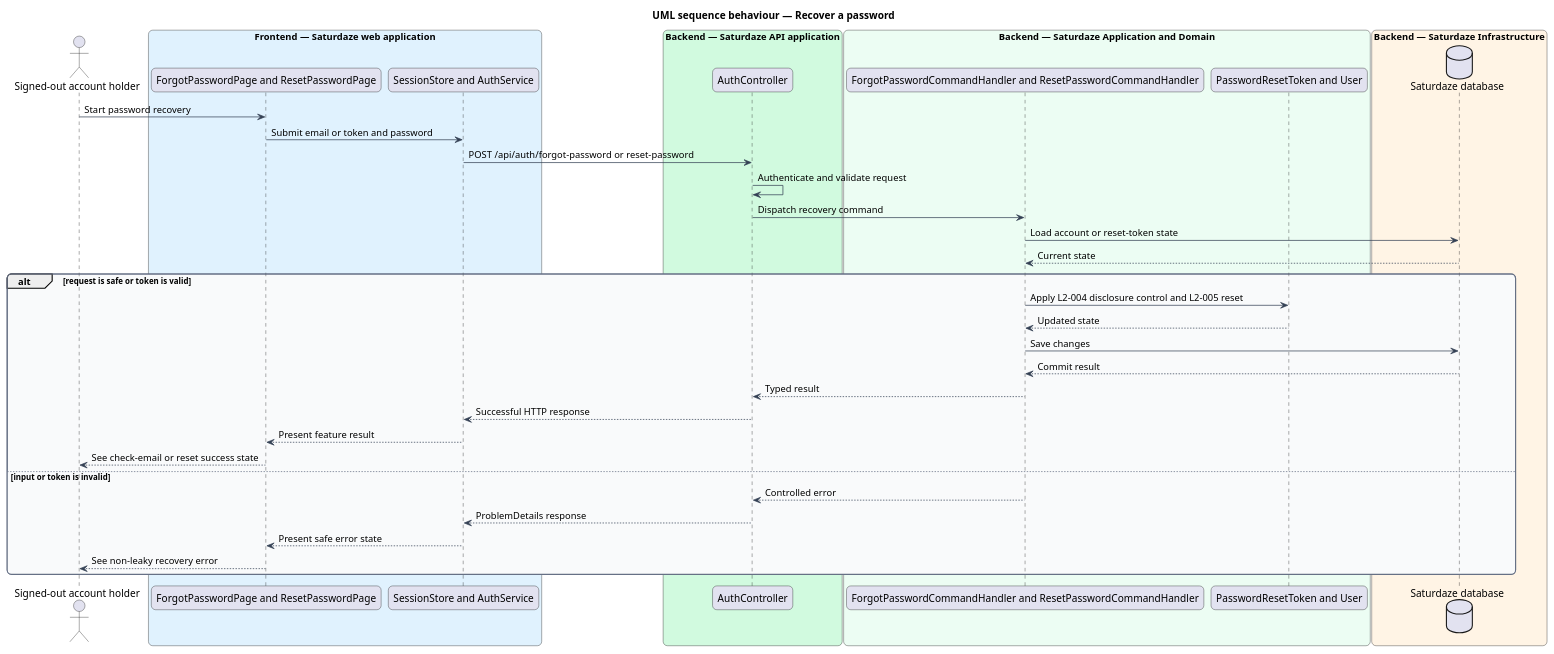
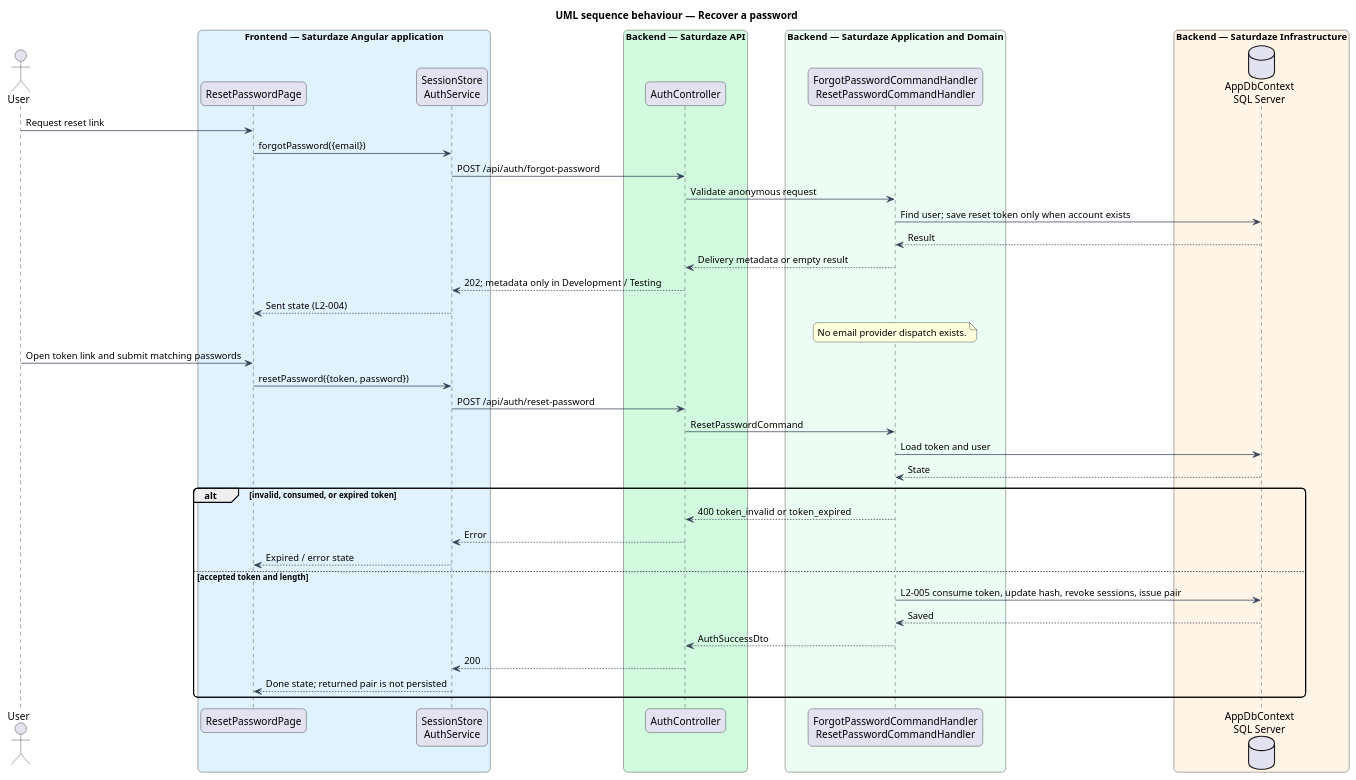
One commit to QuinntyneBrown/saturdaze changed the diagram in docs/detailed-designs/identity-and-access/recover-password/diagrams/sequence-recover-password.puml. Above: the diagram before and after it, drawn with PlantUML. The commit also changed 208 other files, not shown here.

```diff
--- a/docs/detailed-designs/identity-and-access/recover-password/diagrams/sequence-recover-password.puml
+++ b/docs/detailed-designs/identity-and-access/recover-password/diagrams/sequence-recover-password.puml
@@ -1,54 +1,51 @@
 @startuml
 title UML sequence behaviour — Recover a password
 skinparam backgroundColor #FFFFFF
 skinparam shadowing false
 skinparam roundcorner 12
 skinparam defaultFontName Arial
 skinparam ArrowColor #344054
-skinparam rectangle {
-  BorderColor #344054
-  FontColor #101828
-}
-skinparam package {
-  BorderColor #667085
-  FontColor #101828
-  BackgroundColor #F9FAFB
-}
-actor "Signed-out account holder" as actor
-box "Frontend — Saturdaze web application" #E0F2FE
-  participant "ForgotPasswordPage and ResetPasswordPage" as page
-  participant "SessionStore and AuthService" as client
+actor "User" as actor
+box "Frontend — Saturdaze Angular application" #E0F2FE
+ participant "ResetPasswordPage" as page
+ participant "SessionStore\nAuthService" as client
 end box
-box "Backend — Saturdaze API application" #D1FADF
-  participant "AuthController" as controller
+box "Backend — Saturdaze API" #D1FADF
+ participant "AuthController" as controller
 end box
 box "Backend — Saturdaze Application and Domain" #ECFDF3
-  participant "ForgotPasswordCommandHandler and ResetPasswordCommandHandler" as handler
-  participant "PasswordResetToken and User" as entity
+ participant "ForgotPasswordCommandHandler\nResetPasswordCommandHandler" as handler
 end box
 box "Backend — Saturdaze Infrastructure" #FFF4E5
-  database "Saturdaze database" as db
+ database "AppDbContext\nSQL Server" as db
 end box
-actor -> page : Start password recovery
-page -> client : Submit email or token and password
-client -> controller : POST /api/auth/forgot-password or reset-password
-controller -> controller : Authenticate and validate request
-controller -> handler : Dispatch recovery command
-handler -> db : Load account or reset-token state
-db --> handler : Current state
-alt request is safe or token is valid
-  handler -> entity : Apply L2-004 disclosure control and L2-005 reset
-  entity --> handler : Updated state
-  handler -> db : Save changes
-  db --> handler : Commit result
-  handler --> controller : Typed result
-  controller --> client : Successful HTTP response
-  client --> page : Present feature result
-  page --> actor : See check-email or reset success state
-else input or token is invalid
-  handler --> controller : Controlled error
-  controller --> client : ProblemDetails response
-  client --> page : Present safe error state
-  page --> actor : See non-leaky recovery error
+actor -> page : Request reset link
+page -> client : forgotPassword({email})
+client -> controller : POST /api/auth/forgot-password
+controller -> handler : Validate anonymous request
+handler -> db : Find user; save reset token only when account exists
+db --> handler : Result
+handler --> controller : Delivery metadata or empty result
+controller --> client : 202; metadata only in Development / Testing
+client --> page : Sent state (L2-004)
+note over handler
+No email provider dispatch exists.
+end note
+actor -> page : Open token link and submit matching passwords
+page -> client : resetPassword({token, password})
+client -> controller : POST /api/auth/reset-password
+controller -> handler : ResetPasswordCommand
+handler -> db : Load token and user
+db --> handler : State
+alt invalid, consumed, or expired token
+handler --> controller : 400 token_invalid or token_expired
+controller --> client : Error
+client --> page : Expired / error state
+else accepted token and length
+handler -> db : L2-005 consume token, update hash, revoke sessions, issue pair
+db --> handler : Saved
+handler --> controller : AuthSuccessDto
+controller --> client : 200
+client --> page : Done state; returned pair is not persisted
 end
 @enduml
```
